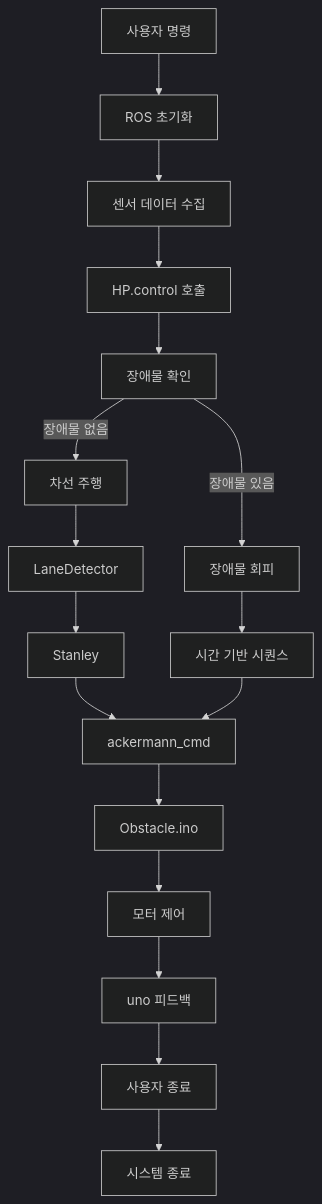
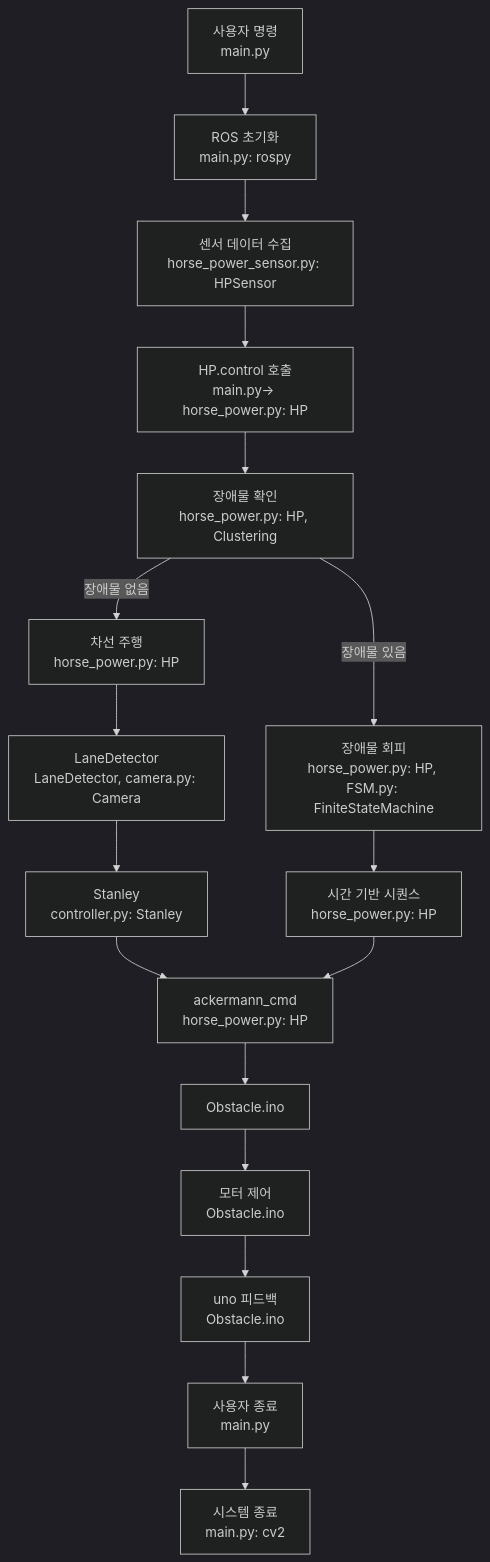
The first of 2 diagrams in README.md (LeeGeeH/-), drawn with Mermaid (dark theme) before and after one commit. The commit also changed other lines of this file, not shown here.

````diff
--- a/README.md
+++ b/README.md
@@ -44,19 +45,20 @@
 ```mermaid
 graph TD
-    A[사용자 명령] --> B[ROS 초기화]
-    B --> C[센서 데이터 수집]
-    C --> D[HP.control 호출]
-    D --> E[장애물 확인]
-    E -->|장애물 없음| F[차선 주행]
-    E -->|장애물 있음| G[장애물 회피]
-    F --> H[LaneDetector]
-    H --> I[Stanley]
-    G --> J[시간 기반 시퀀스]
-    I --> K[ackermann_cmd]
+    A[사용자 명령<br>main.py] --> B[ROS 초기화<br>main.py: rospy]
+    B --> C[센서 데이터 수집<br>horse_power_sensor.py: HPSensor]
+    C --> D[HP.control 호출<br>main.py-> horse_power.py: HP]
+    D --> E[장애물 확인<br>horse_power.py: HP, Clustering]
+    E -->|장애물 없음| F[차선 주행<br>horse_power.py: HP]
+    E -->|장애물 있음| G[장애물 회피<br>horse_power.py: HP, FSM.py: FiniteStateMachine]
+    F --> H[LaneDetector<br>LaneDetector, camera.py: Camera]
+    H --> I[Stanley<br>controller.py: Stanley]
+    G --> J[시간 기반 시퀀스<br>horse_power.py: HP]
+    I --> K[ackermann_cmd<br>horse_power.py: HP]
     J --> K
     K --> L[Obstacle.ino]
-    L --> M[모터 제어]
-    M --> N[uno 피드백]
-    N --> O[사용자 종료]
-    O --> P[시스템 종료]
+    L --> M[모터 제어<br>Obstacle.ino]
+    M --> N[uno 피드백<br>Obstacle.ino]
+    N --> O[사용자 종료<br>main.py]
+    O --> P[시스템 종료<br>main.py: cv2]
+
 ```
````
